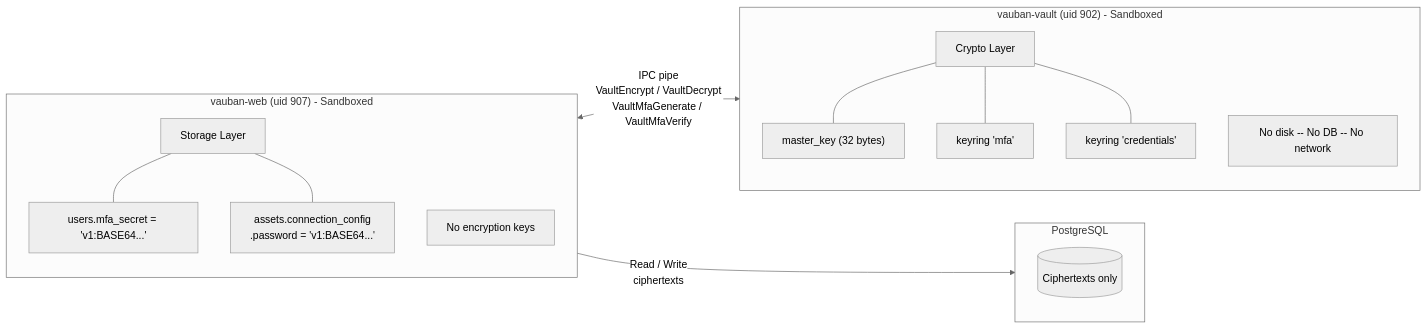
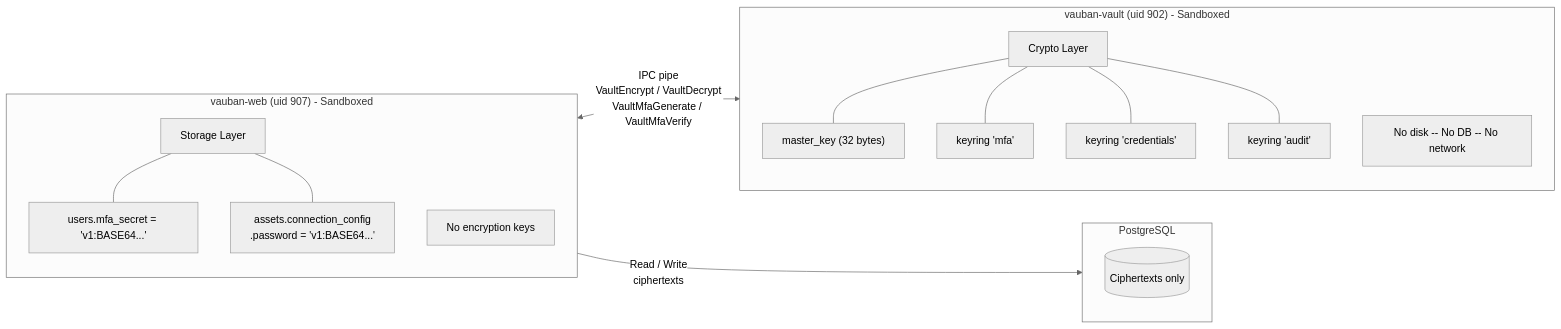
The first of 10 diagrams in docs/technical/Vauban_Vault_Architecture_EN(1.0).md (rbenaley/Vauban), drawn with Mermaid (neutral theme) before and after one commit. The commit also changed other lines of this file and 43 other files, not shown here.

````diff
--- a/docs/technical/Vauban_Vault_Architecture_EN(1.0).md
+++ b/docs/technical/Vauban_Vault_Architecture_EN(1.0).md
@@ -73,31 +73,33 @@
 ```mermaid
 flowchart LR
     subgraph web_sandbox ["vauban-web (uid 907) - Sandboxed"]
         direction TB
         WS["Storage Layer"]
         WS1["users.mfa_secret = 'v1:BASE64...'"]
         WS2["assets.connection_config<br/>.password = 'v1:BASE64...'"]
         WS --- WS1
         WS --- WS2
         WN["No encryption keys"]
     end
 
     subgraph vault_sandbox ["vauban-vault (uid 902) - Sandboxed"]
         direction TB
         VK["Crypto Layer"]
         VK1["master_key (32 bytes)"]
         VK2["keyring 'mfa'"]
         VK3["keyring 'credentials'"]
+        VK4["keyring 'audit'"]
         VK --- VK1
         VK --- VK2
         VK --- VK3
+        VK --- VK4
         VN["No disk -- No DB -- No network"]
     end
 
     subgraph db ["PostgreSQL"]
         DB1[("Ciphertexts only")]
     end
 
     web_sandbox <-->|"IPC pipe<br/>VaultEncrypt / VaultDecrypt<br/>VaultMfaGenerate / VaultMfaVerify"| vault_sandbox
     web_sandbox -->|"Read / Write<br/>ciphertexts"| db
 ```
````
